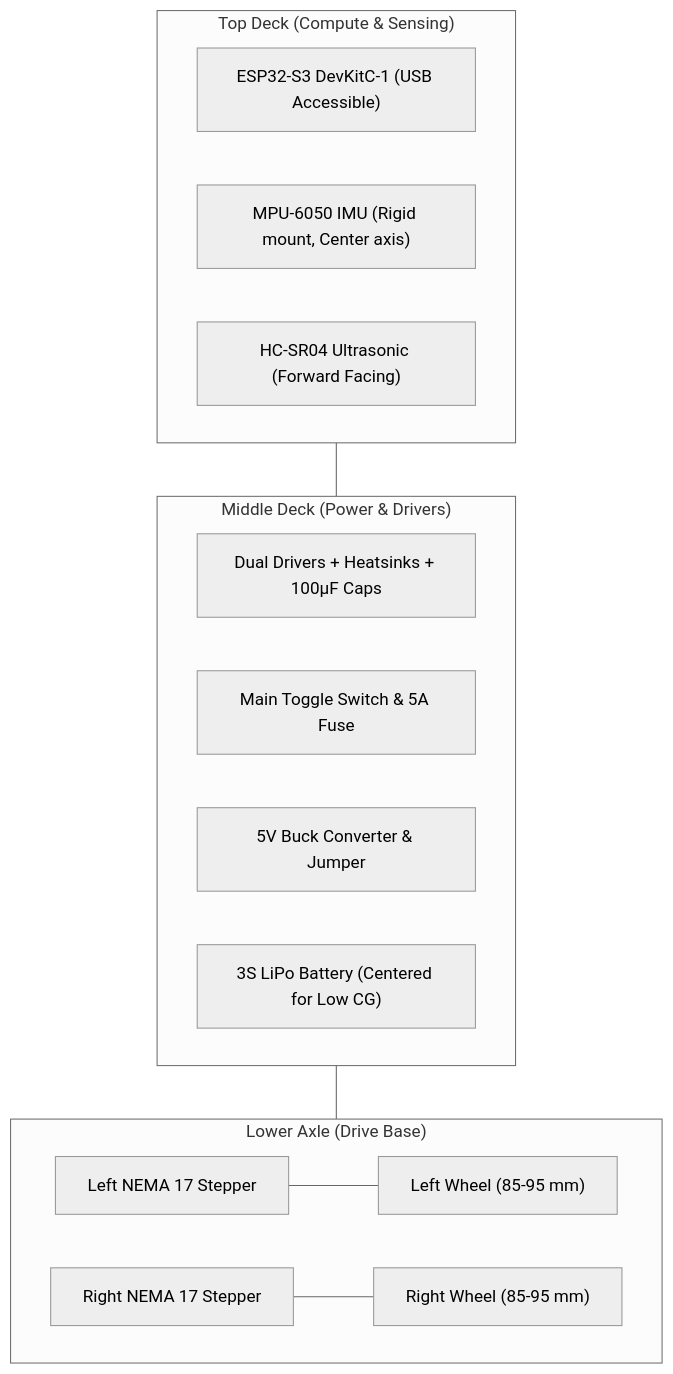
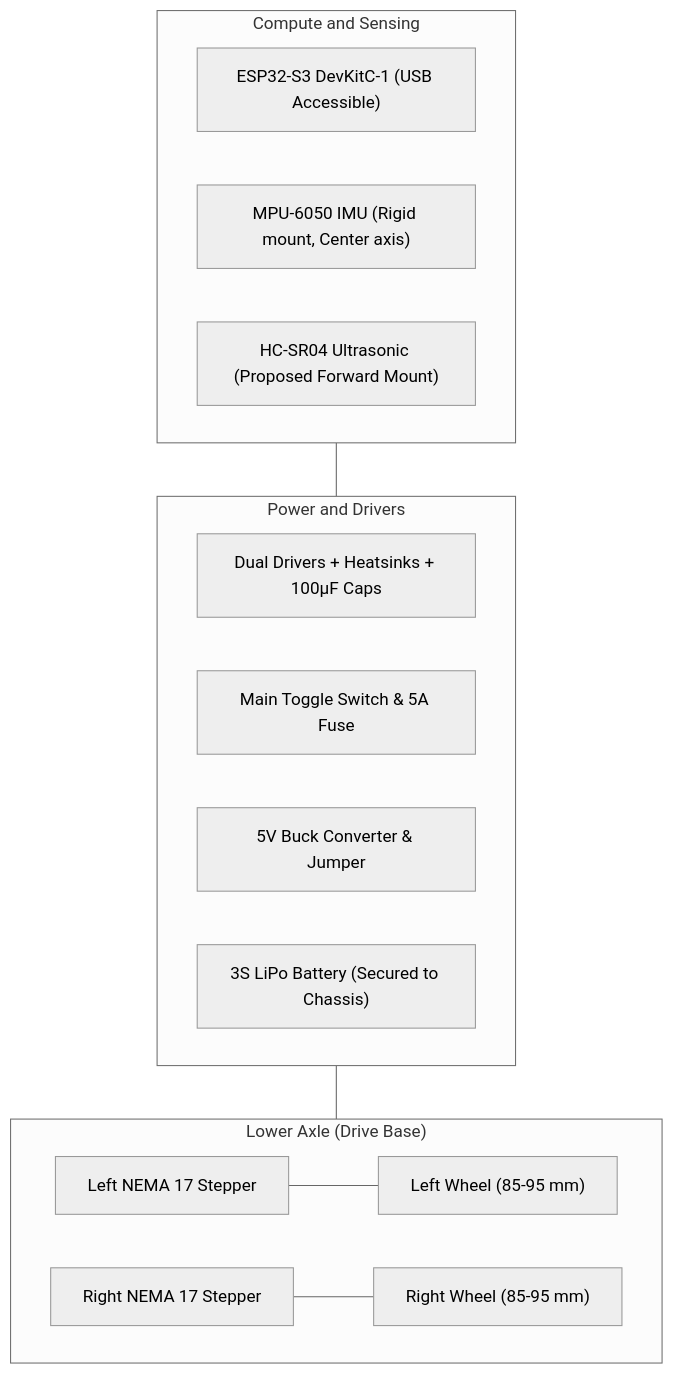
Before and after one commit to MohammedAlkindi/ieee-balance-bot: the third of 4 diagrams in README.md, drawn with Mermaid (neutral theme). The commit also changed other lines of this file and 5 other files, not shown here.

````diff
--- a/README.md
+++ b/README.md
@@ -181,26 +233,26 @@
 ```mermaid
 flowchart TD
-    subgraph Top["Top Deck (Compute & Sensing)"]
+    subgraph Top["Compute and Sensing"]
         S3["ESP32-S3 DevKitC-1 (USB Accessible)"]
         MPU["MPU-6050 IMU (Rigid mount, Center axis)"]
-        US["HC-SR04 Ultrasonic (Forward Facing)"]
+        US["HC-SR04 Ultrasonic (Proposed Forward Mount)"]
     end
 
-    subgraph Mid["Middle Deck (Power & Drivers)"]
+    subgraph Mid["Power and Drivers"]
         TMC["Dual Drivers + Heatsinks + 100µF Caps"]
         SW["Main Toggle Switch & 5A Fuse"]
         Buck["5V Buck Converter & Jumper"]
-        LiPo["3S LiPo Battery (Centered for Low CG)"]
+        LiPo["3S LiPo Battery (Secured to Chassis)"]
     end
 
     subgraph Base["Lower Axle (Drive Base)"]
         M_Left["Left NEMA 17 Stepper"]
         M_Right["Right NEMA 17 Stepper"]
         W_Left["Left Wheel (85-95 mm)"]
         W_Right["Right Wheel (85-95 mm)"]
     end
 
     Top --- Mid --- Base
     M_Left --- W_Left
     M_Right --- W_Right
 ```
````
